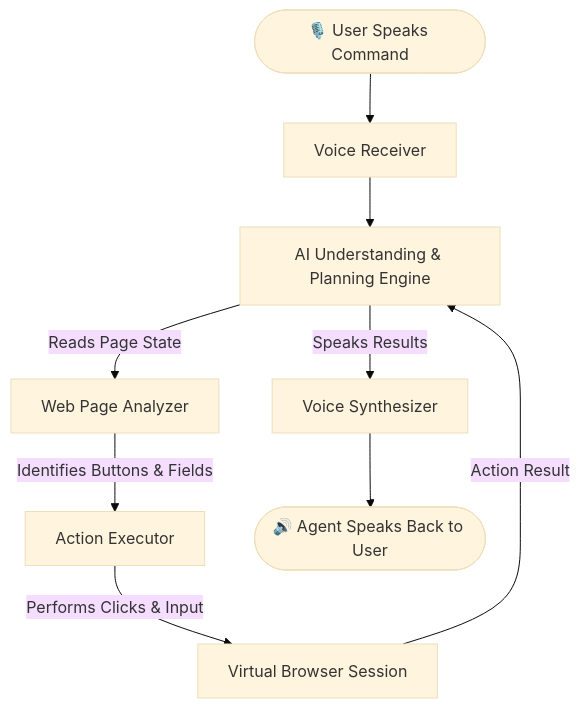
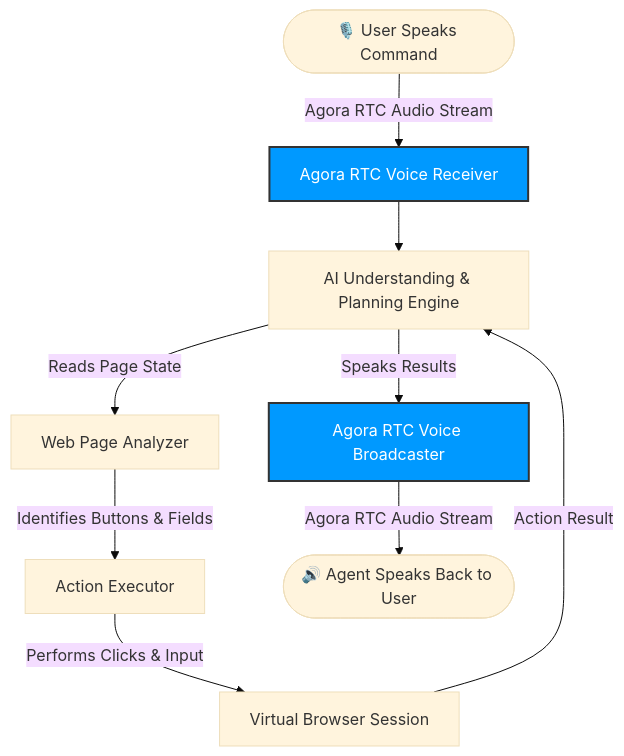
The diagram in README.md (Thanoj-developer/ARGUS_WITH_AGORA), drawn with Mermaid (base theme) before and after one commit. The commit also changed other lines of this file, not shown here.

Commit message:
Highlight Agora RTC integration in README architecture and features

````diff
--- a/README.md
+++ b/README.md
@@ -22,13 +22,16 @@
 ```mermaid
 flowchart TD
-    User([🎙️ User Speaks Command]) --> VoiceIn[Voice Receiver]
+    User([🎙️ User Speaks Command]) -->|Agora RTC Audio Stream| VoiceIn[Agora RTC Voice Receiver]
     VoiceIn --> AI_Brain[AI Understanding & Planning Engine]
     
     AI_Brain -->|Reads Page State| PageParser[Web Page Analyzer]
     PageParser -->|Identifies Buttons & Fields| ActionEngine[Action Executor]
     ActionEngine -->|Performs Clicks & Input| WebBrowser[Virtual Browser Session]
     
     WebBrowser -->|Action Result| AI_Brain
-    AI_Brain -->|Speaks Results| VoiceOut[Voice Synthesizer]
-    VoiceOut --> UserFeedback([🔊 Agent Speaks Back to User])
+    AI_Brain -->|Speaks Results| VoiceOut[Agora RTC Voice Broadcaster]
+    VoiceOut -->|Agora RTC Audio Stream| UserFeedback([🔊 Agent Speaks Back to User])
+    
+    style VoiceIn fill:#09f,stroke:#333,stroke-width:2px,color:#fff
+    style VoiceOut fill:#09f,stroke:#333,stroke-width:2px,color:#fff
 ```
````
